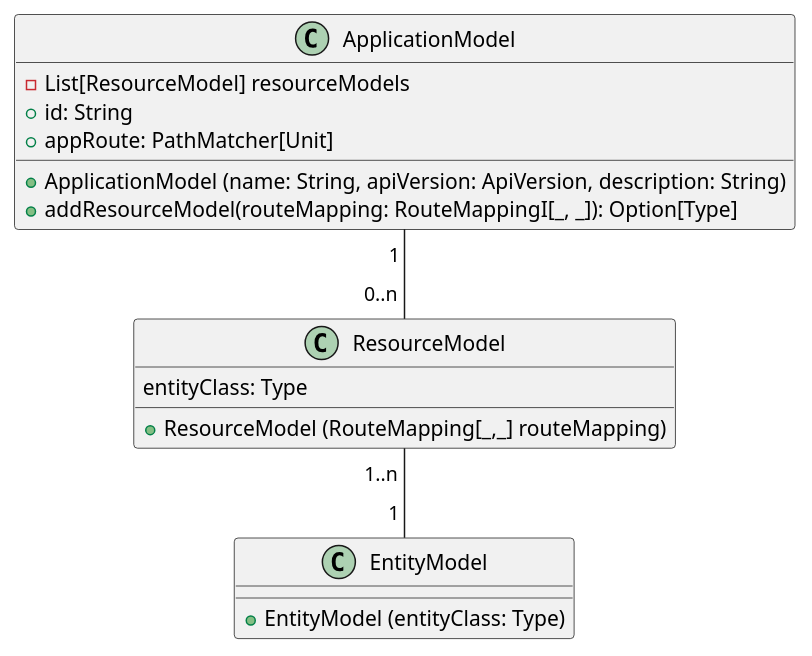
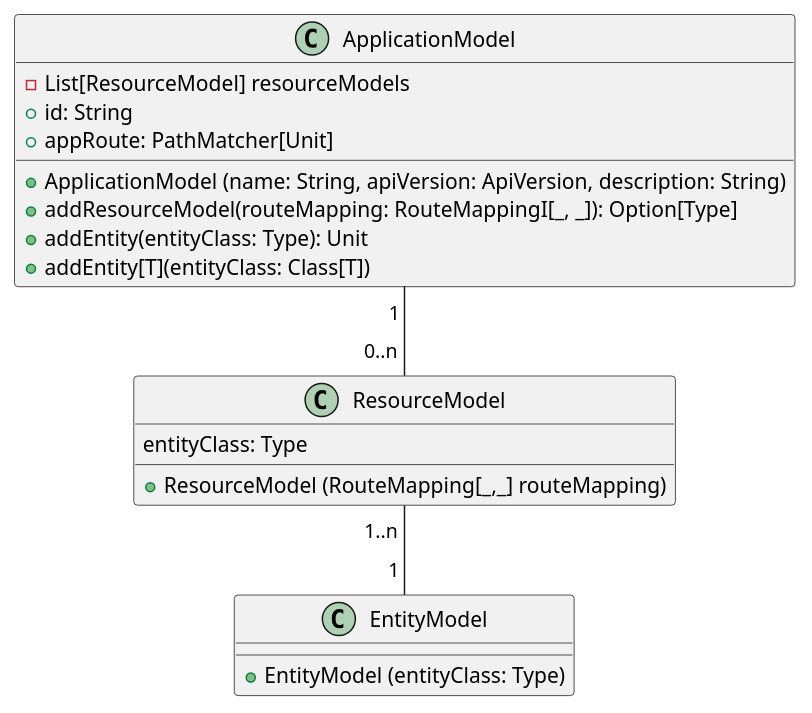
One commit to evandor/skysail-server changed the diagram in skysail.domain/src/io/skysail/domain/model/appModel.puml. Above: the diagram before and after it, drawn with PlantUML. The commit also changed 14 other files, not shown here.

```diff
--- a/skysail.domain/src/io/skysail/domain/model/appModel.puml
+++ b/skysail.domain/src/io/skysail/domain/model/appModel.puml
@@ -1,23 +1,25 @@
 @startuml
 
 class ApplicationModel {
   +ApplicationModel (name: String, apiVersion: ApiVersion, description: String)
   -List[ResourceModel] resourceModels
   +addResourceModel(routeMapping: RouteMappingI[_, _]): Option[Type]
+  +addEntity(entityClass: Type): Unit
+  +addEntity[T](entityClass: Class[T])
   +id: String
   +appRoute: PathMatcher[Unit]
 }
 
 class ResourceModel {
   +ResourceModel (RouteMapping[_,_] routeMapping)
   entityClass: Type
 }
 
 class EntityModel {
   +EntityModel (entityClass: Type)
 }
 
 ApplicationModel "1 " -- "0..n " ResourceModel
 ResourceModel "1..n " -- "1 " EntityModel
 
 @enduml
```
